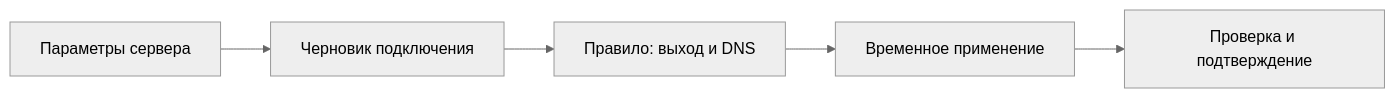
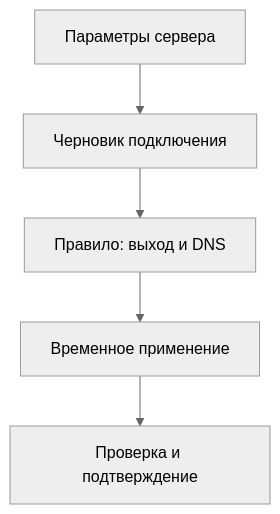
Before and after one commit to SVS696/farvater: the diagram in docs/panel-connections.md, drawn with Mermaid (neutral theme). The commit also changed 6 other files, not shown here.

````diff
--- a/docs/panel-connections.md
+++ b/docs/panel-connections.md
@@ -8,7 +8,7 @@
 ```mermaid
-flowchart LR
+flowchart TD
     a[Параметры сервера] --> b[Черновик подключения]
     b --> c[Правило: выход и DNS]
     c --> d[Временное применение]
     d --> e[Проверка и подтверждение]
 ```
````
